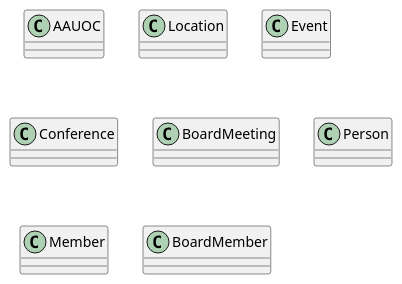
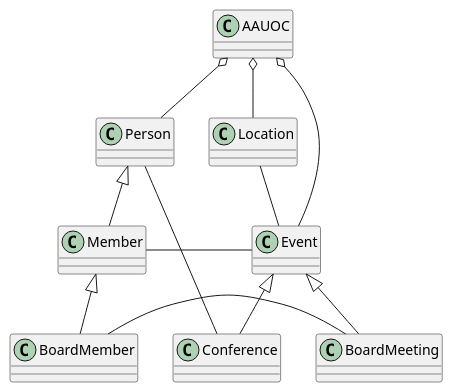
Before and after one commit to intVand/UMLClasesIvan: the diagram in src/UMLClasesIvan.puml, drawn with PlantUML.

```diff
--- a/src/UMLClasesIvan.puml
+++ b/src/UMLClasesIvan.puml
@@ -1,35 +1,57 @@
 @startuml
 
 class AAUOC {
 
 }
 
 class Location {
 
 }
 
 class Event {
 
 }
 
 class Conference {
 
 }
 
 class BoardMeeting {
 
 }
 
 class Person {
 
 }
 
 class Member {
 
 }
 
 class BoardMember {
 
 }
 
+AAUOC o-- Location
+
+AAUOC o-- Event
+
+AAUOC o-- Person
+
+Location - Event
+
+Person -- Conference
+
+Event <|-- Conference
+
+Event <|-- BoardMeeting
+
+Person <|-down- Member
+
+Member <|-down- BoardMember
+
+Member - Event
+
+BoardMember - BoardMeeting
+
 @enduml
```
